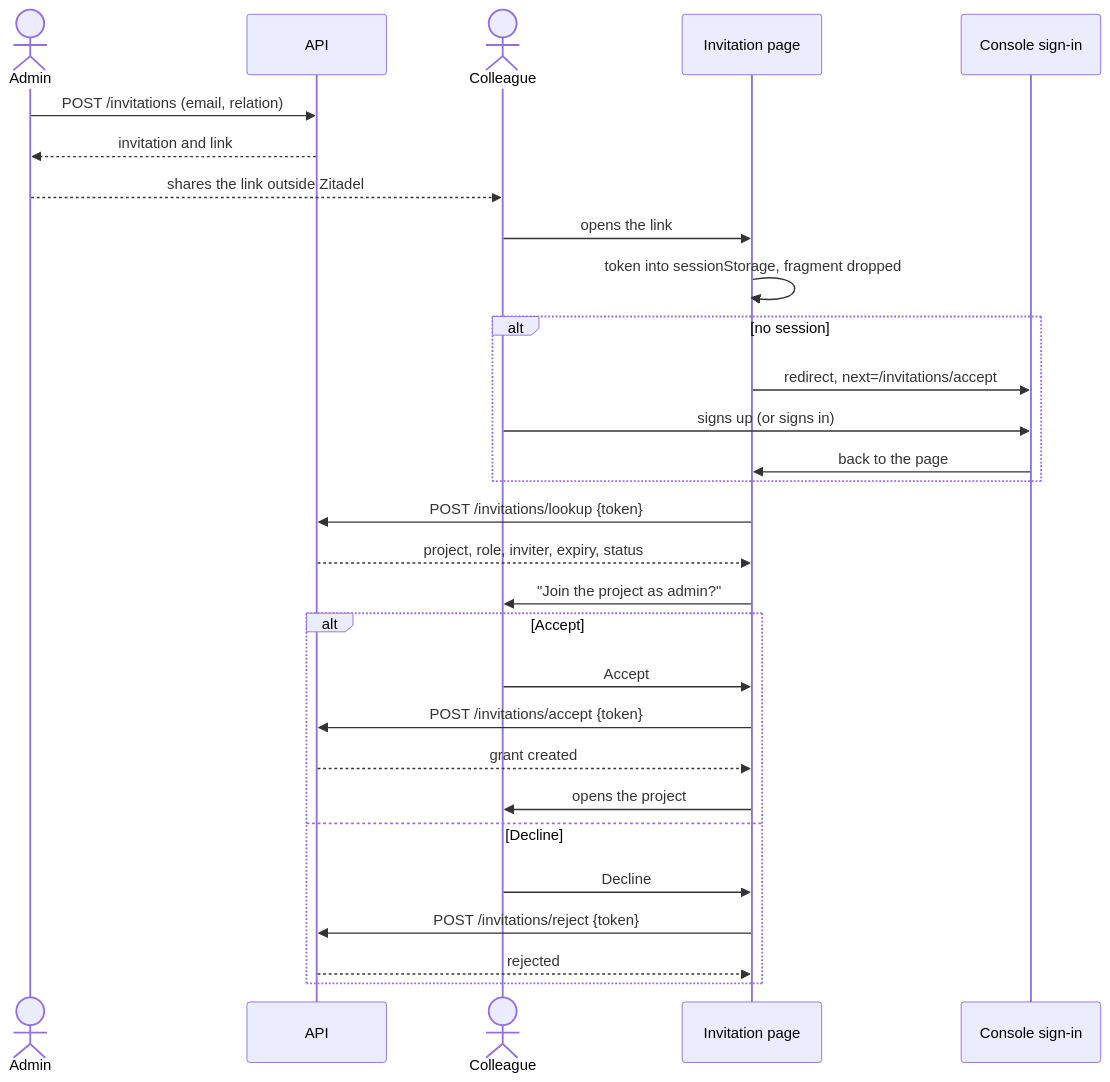
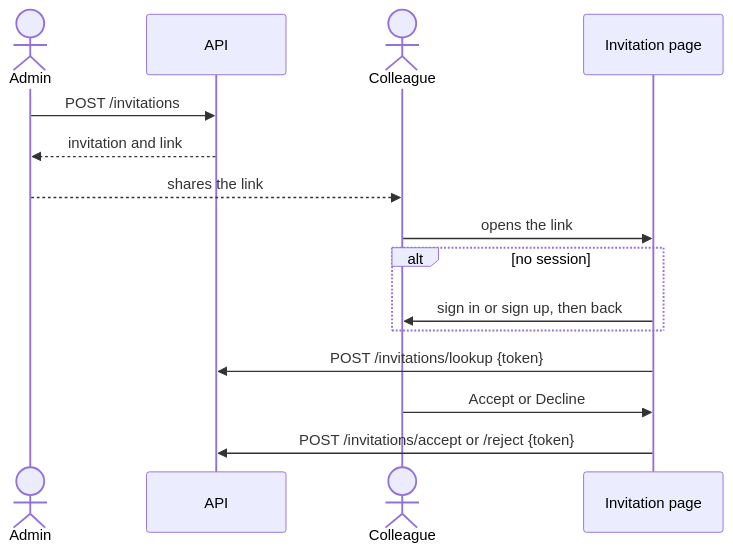
One commit to zitadel/nextgen changed the first of 2 diagrams in docs/adrs/086-invitations.md. Above: the diagram before and after it, drawn with Mermaid. The commit also changed other lines of this file and 1 other file, not shown here.

````diff
--- a/docs/adrs/086-invitations.md
+++ b/docs/adrs/086-invitations.md
@@ -300,31 +112,17 @@
 ```mermaid
 sequenceDiagram
   actor Admin
   participant API
   actor Colleague
   participant Page as Invitation page
-  participant Login as Console sign-in
-  Admin->>API: POST /invitations (email, relation)
+  Admin->>API: POST /invitations
   API-->>Admin: invitation and link
-  Admin-->>Colleague: shares the link outside Zitadel
+  Admin-->>Colleague: shares the link
   Colleague->>Page: opens the link
-  Page->>Page: token into sessionStorage, fragment dropped
   alt no session
-    Page->>Login: redirect, next=/invitations/accept
-    Colleague->>Login: signs up (or signs in)
-    Login->>Page: back to the page
+    Page->>Colleague: sign in or sign up, then back
   end
   Page->>API: POST /invitations/lookup {token}
-  API-->>Page: project, role, inviter, expiry, status
-  Page->>Colleague: "Join the project as admin?"
-  alt Accept
-    Colleague->>Page: Accept
-    Page->>API: POST /invitations/accept {token}
-    API-->>Page: grant created
-    Page->>Colleague: opens the project
-  else Decline
-    Colleague->>Page: Decline
-    Page->>API: POST /invitations/reject {token}
-    API-->>Page: rejected
-  end
+  Colleague->>Page: Accept or Decline
+  Page->>API: POST /invitations/accept or /reject {token}
 ```
````
